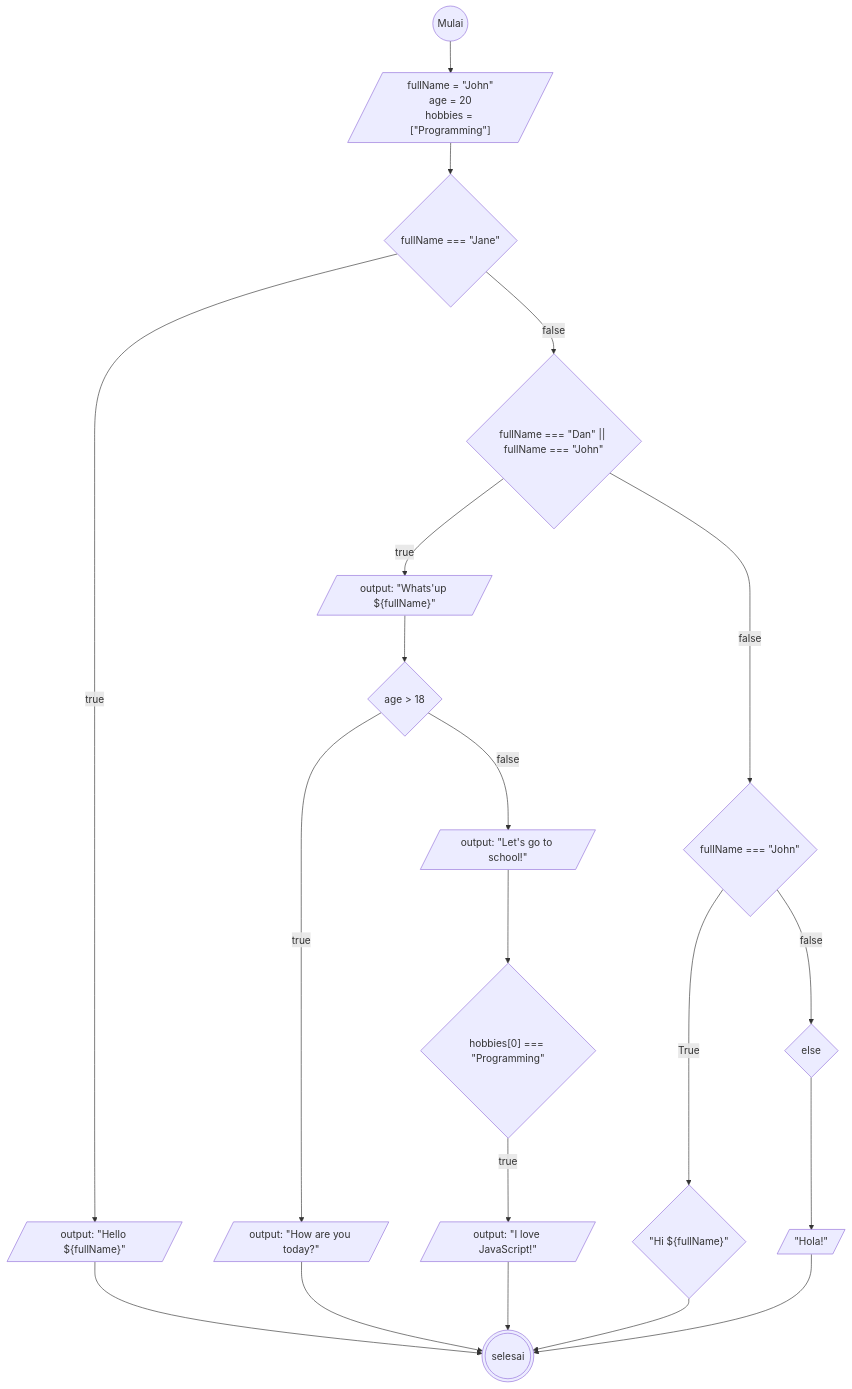
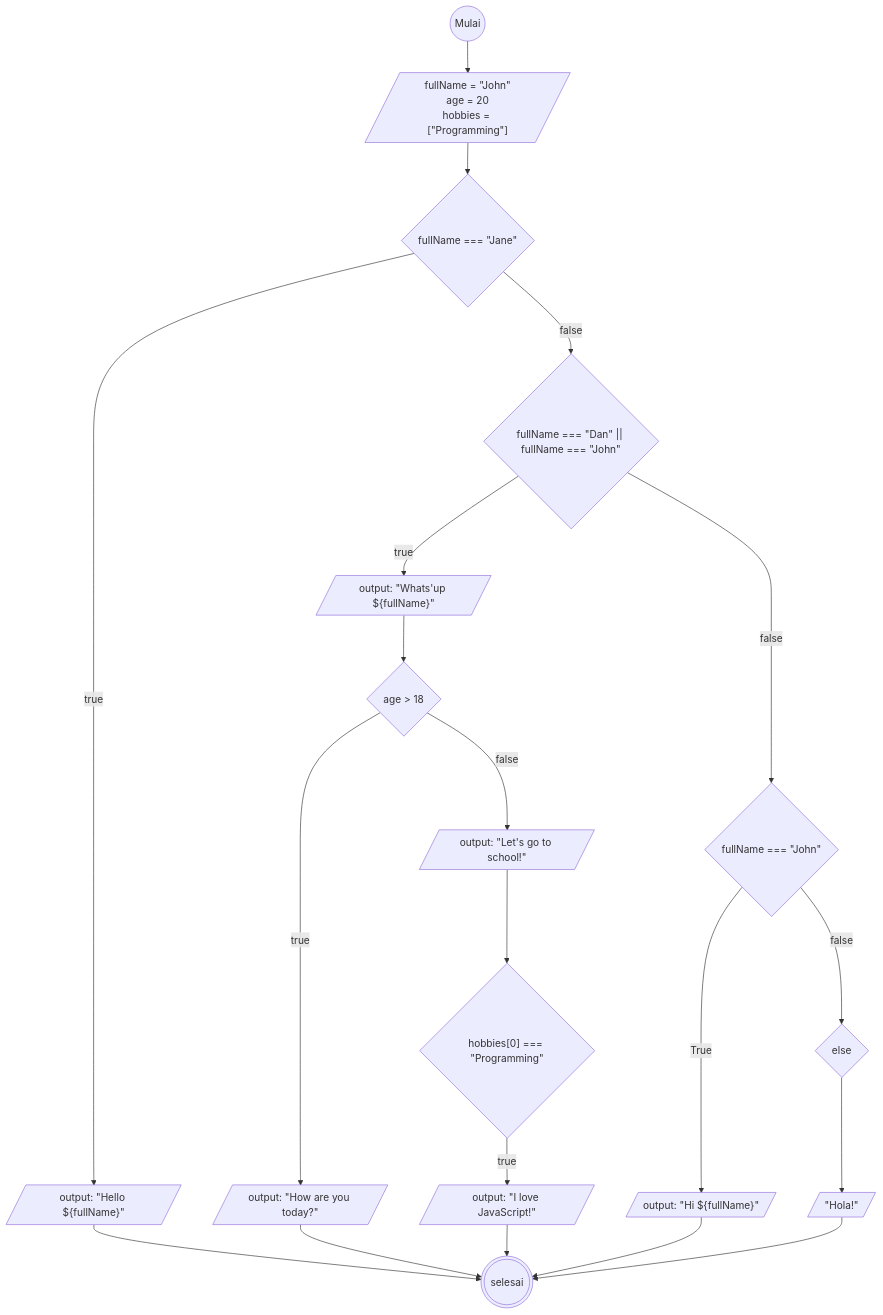
The diagram in task3.md (mslthn/koda-b6-javascript1), drawn with Mermaid before and after one commit.

````diff
--- a/task3.md
+++ b/task3.md
@@ -1,43 +1,43 @@
 ```mermaid
 flowchart TD
     mulai@{ shape: circ, label: "Mulai"}
     selesai@{shape: dbl-circ}
     def@{shape: lean-r, label: "fullName = #quot;John#quot;
     age = 20
     hobbies = [#quot;Programming#quot;]"}
 
     ifJane@{shape: diamond, label: "fullName === #quot;Jane#quot;"}
     benarJane@{shape: lean-r, label: "output: #quot;Hello ${fullName}#quot;"}
 
     ifDanJohn@{shape: diamond, label: "fullName === #quot;Dan#quot; || fullName === #quot;John#quot;"}
     outDanJohn@{shape: lean-r, label: "output: #quot;Whats'up ${fullName}#quot;"}
 
     ifJohn@{shape: diamond, label: "fullName === #quot;John#quot;"}
-    benarJohn@{shape: diamond, label: "#quot;Hi ${fullName}#quot;"}
+    benarJohn@{shape: lean-r, label: "output: #quot;Hi ${fullName}#quot;"}
 
     else@{shape: diamond}
     hola@{shape: lean-r, label: "#quot;Hola!#quot;"}
 
     if18@{shape: diamond, label: "age > 18"}
     benar18@{shape: lean-r, label: "output: #quot;How are you today?#quot;"}
     salah18@{shape: lean-r, label: "output: #quot;Let's go to school!#quot;"}
 
     ifHobi@{shape: diamond, label: "hobbies[0] === #quot;Programming#quot;"}
     benarHobi@{shape: lean-r, label: "output: #quot;I love JavaScript!#quot;"}
 
 
     
 
 mulai-->def-->ifJane
 ifJane-->|true| benarJane-->selesai
 ifJane-->|false| ifDanJohn
 ifDanJohn-->|true| outDanJohn-->if18
 if18-->|true| benar18-->selesai
 if18-->|false| salah18
 salah18-->ifHobi
 ifHobi-->|true| benarHobi-->selesai
 
 ifDanJohn-->|false| ifJohn
 ifJohn-->|True| benarJohn-->selesai
 ifJohn-->|false| else-->hola-->selesai
 ```
````
